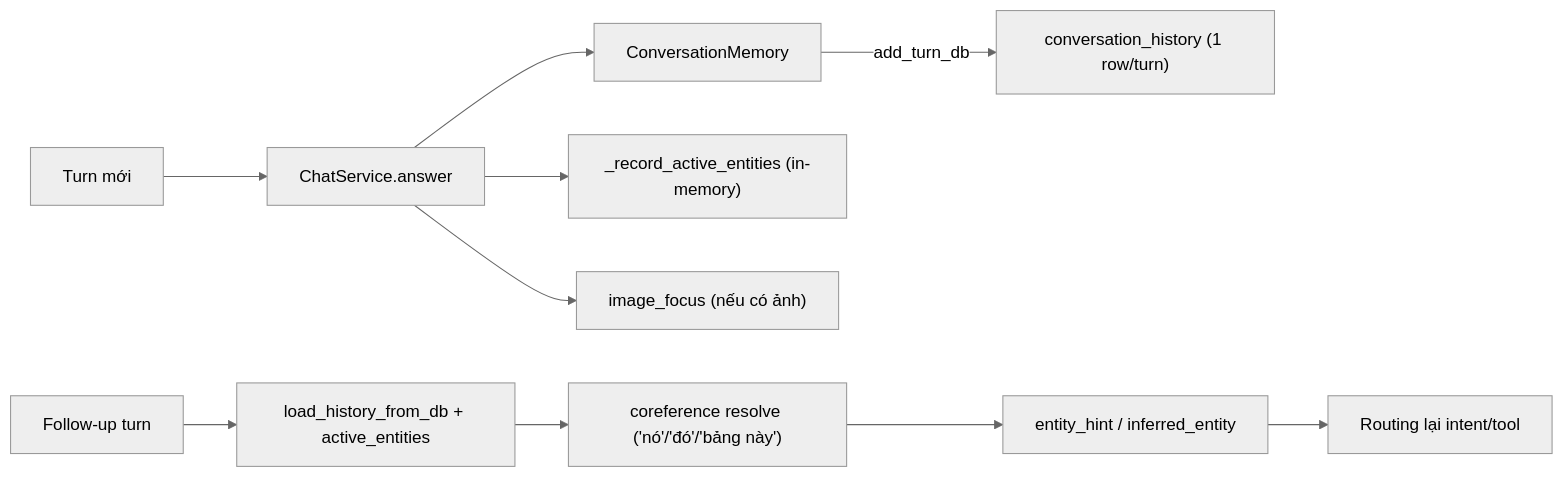
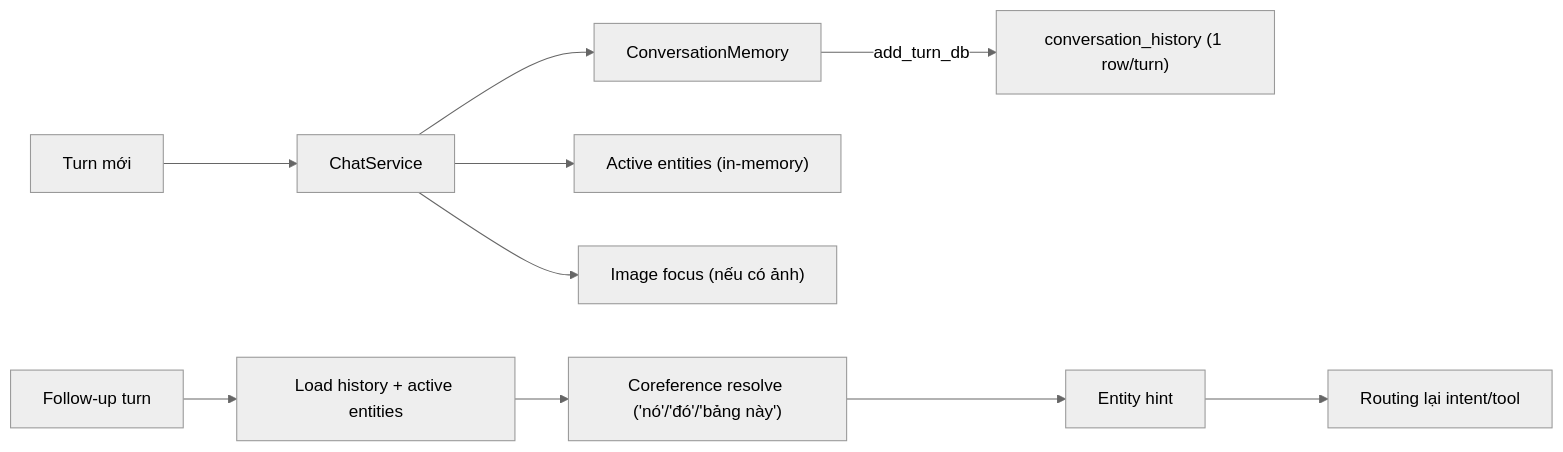
One commit to anoreo07/datahub_ai_chatbot changed the fifth of 16 diagrams in datahub-ai-chatbot/docs/TECHNICAL_ARCHITECTURE_REPORT.md. Above: the diagram before and after it, drawn with Mermaid (neutral theme). The commit also changed other lines of this file and 414 other files, not shown here.

````diff
--- a/datahub-ai-chatbot/docs/TECHNICAL_ARCHITECTURE_REPORT.md
+++ b/datahub-ai-chatbot/docs/TECHNICAL_ARCHITECTURE_REPORT.md
@@ -519,12 +235,12 @@
 ```mermaid
 flowchart LR
-    TURN["Turn mới"] --> SAVE["ChatService.answer"]
+    TURN["Turn mới"] --> SAVE["ChatService"]
     SAVE --> MEM["ConversationMemory"]
     MEM -->|"add_turn_db"| DB2["conversation_history (1 row/turn)"]
-    SAVE --> AE["_record_active_entities (in-memory)"]
-    SAVE --> IF["image_focus (nếu có ảnh)"]
-    FUTURE["Follow-up turn"] --> LOAD["load_history_from_db + active_entities"]
-    LOAD --> COREF["coreference resolve ('nó'/'đó'/'bảng này')"]
-    COREF --> HINT["entity_hint / inferred_entity"]
+    SAVE --> AE["Active entities (in-memory)"]
+    SAVE --> IF["Image focus (nếu có ảnh)"]
+    FUTURE["Follow-up turn"] --> LOAD["Load history + active entities"]
+    LOAD --> COREF["Coreference resolve ('nó'/'đó'/'bảng này')"]
+    COREF --> HINT["Entity hint"]
     HINT --> ROUTE["Routing lại intent/tool"]
 ```
````
